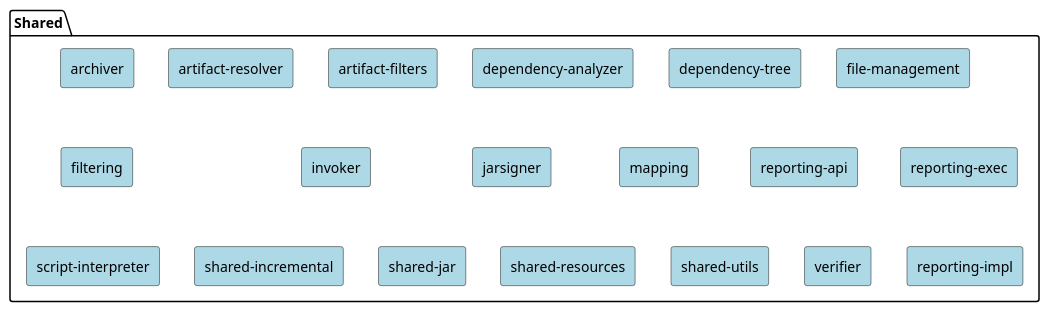
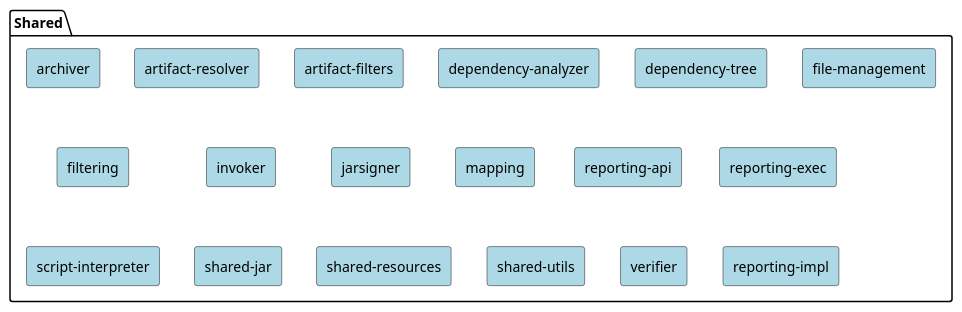
One commit to apache/maven-site changed the diagram in src/plantuml/maven-sources/shared.puml. Above: the diagram before and after it, drawn with PlantUML. The commit also changed 2 other files, not shown here.

Commit message:
Remove the retired maven-shared-incremental

```diff
--- a/src/plantuml/maven-sources/shared.puml
+++ b/src/plantuml/maven-sources/shared.puml
@@ -19,76 +19,73 @@
 @startuml
 
 <style>
     rectangle {
         BackgroundColor LightBlue
     }
 }
 </style>
 
 package "Shared" {
   rectangle "archiver"
   rectangle "artifact-resolver"
   rectangle "artifact-filters"
   rectangle "dependency-analyzer"
   rectangle "dependency-tree"
   rectangle "file-management"
   rectangle "filtering"
   rectangle "invoker"
   rectangle "jarsigner"
   rectangle "mapping"
   rectangle "reporting-api"
   rectangle "reporting-exec"
   rectangle "reporting-impl"
   rectangle "script-interpreter"
-  rectangle "shared-incremental"
   rectangle "shared-jar"
   rectangle "shared-resources"
   rectangle "shared-utils"
   rectangle "verifier"
 }
 
 'hidden dependencies to change layout
 "archiver" -[hidden]down-> "filtering"
 "filtering" -[hidden]down-> "script-interpreter"
 
 "archiver" -[hidden]> "artifact-resolver"
 "artifact-resolver" -[hidden]> "artifact-filters"
 "artifact-filters" -[hidden]> "dependency-analyzer"
 "dependency-analyzer" -[hidden]> "dependency-tree"
 "dependency-tree" -[hidden]> "file-management"
 
 "filtering" -[hidden]> "invoker"
 "invoker" -[hidden]> "jarsigner"
 "jarsigner" -[hidden]> "mapping"
 "mapping" -[hidden]> "reporting-api"
 "reporting-api" -[hidden]> "reporting-exec"
 "reporting-exec" -[hidden]> "reporting-impl"
 "reporting-impl" -[hidden]> "script-interpreter"
 
-"script-interpreter" -[hidden]> "shared-incremental"
-"shared-incremental" -[hidden]> "shared-jar"
+"script-interpreter" -[hidden]> "shared-jar"
 "shared-jar" -[hidden]> "shared-resources"
 "shared-resources" -[hidden]> "shared-utils"
 "shared-utils" -[hidden]> "verifier"
 
 
 url of "archiver" is [[https://github.com/apache/maven-archiver]]
 url of "artifact-resolver" is [[https://github.com/apache/maven-resolver]]
 url of "artifact-filters" is [[https://github.com/apache/maven-common-artifact-filters]]
 url of "dependency-analyzer" is [[https://github.com/apache/maven-dependency-analyzer]]
 url of "dependency-tree" is [[https://github.com/apache/maven-dependency-tree]]
 url of "file-management" is [[https://github.com/apache/maven-file-management]]
 url of "filtering" is [[https://github.com/apache/maven-filtering]]
 url of "invoker" is [[https://github.com/apache/maven-invoker]]
 url of "jarsigner" is [[https://github.com/apache/maven-jarsigner]]
 url of "mapping" is [[https://github.com/apache/maven-mapping]]
 url of "reporting-api" is [[https://github.com/apache/maven-reporting-api]]
 url of "reporting-exec" is [[https://github.com/apache/maven-reporting-exec]]
 url of "reporting-impl" is [[https://github.com/apache/maven-reporting-impl]]
 url of "script-interpreter" is [[https://github.com/apache/maven-script-interpreter]]
-url of "shared-incremental" is [[https://github.com/apache/maven-shared-incremental]]
 url of "shared-jar" is [[https://github.com/apache/maven-shared-jar]]
 url of "shared-resources" is [[https://github.com/apache/maven-shared-resources]]
 url of "shared-utils" is [[https://github.com/apache/maven-shared-utils]]
 url of "verifier" is [[https://github.com/apache/maven-verifier]]
 @enduml
```
